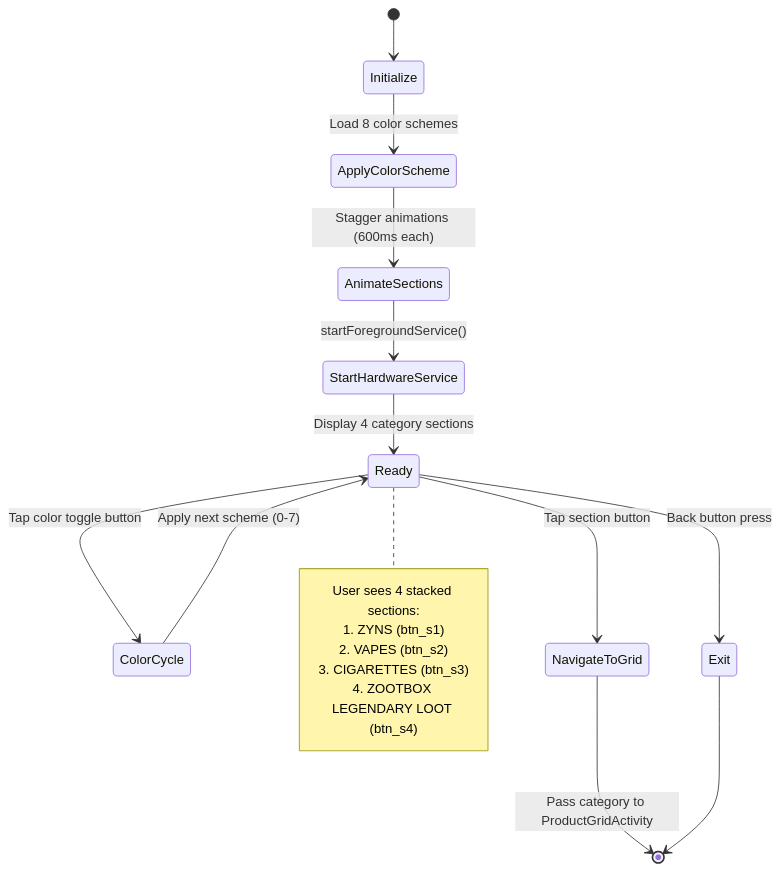
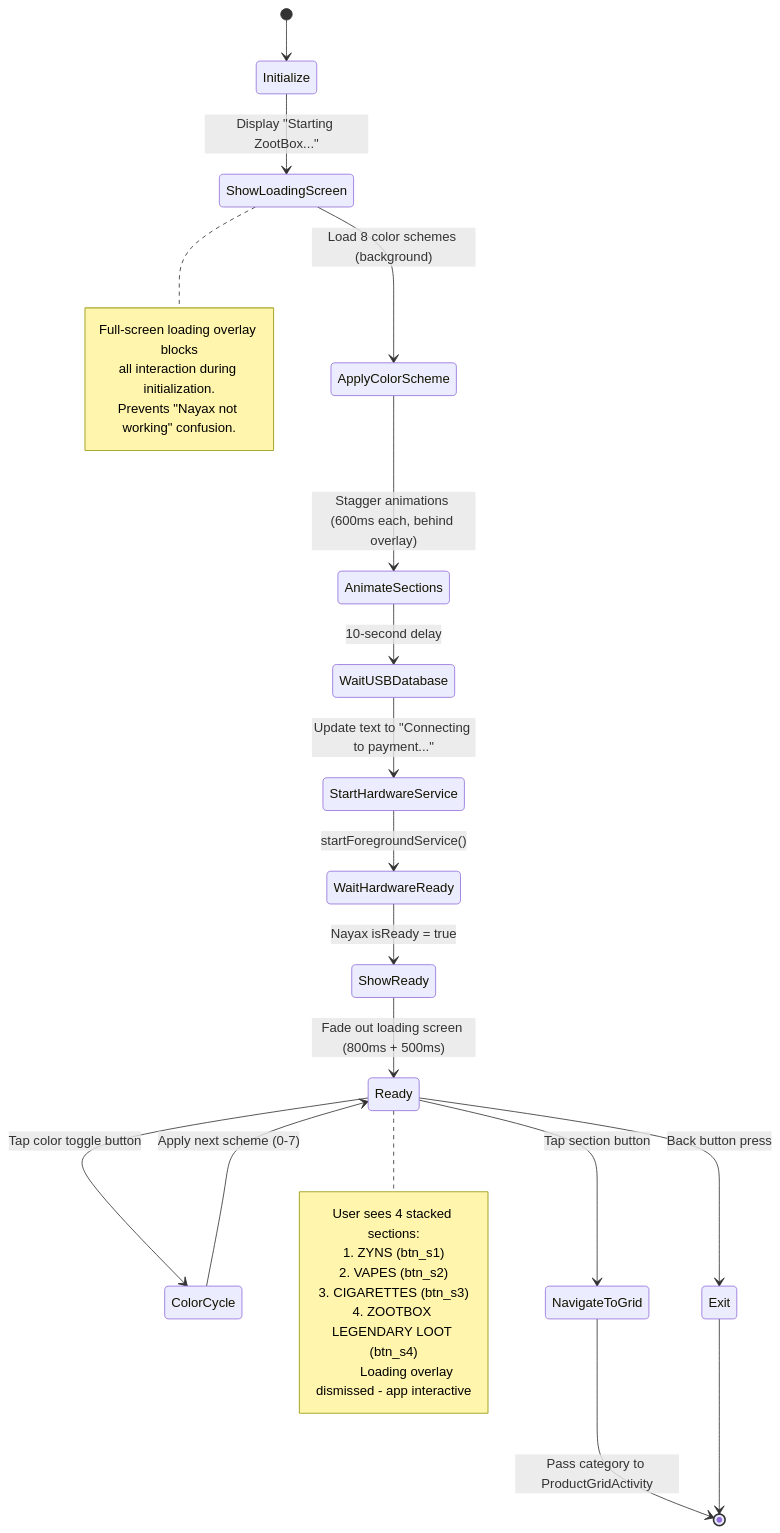
One commit to klhiggin96/zootbox changed the second of 17 diagrams in .claude/ZOOTBOX_APPLICATION_FLOW.md. Above: the diagram before and after it, drawn with Mermaid. The commit also changed other lines of this file and 88 other files, not shown here.

Commit message:
Update: Nayax payment integration, checkout UI, inventory sync, and documentation cleanup

````diff
--- a/.claude/ZOOTBOX_APPLICATION_FLOW.md
+++ b/.claude/ZOOTBOX_APPLICATION_FLOW.md
@@ -129,25 +133,37 @@
 ```mermaid
 stateDiagram-v2
     [*] --> Initialize
-    Initialize --> ApplyColorScheme: Load 8 color schemes
-    ApplyColorScheme --> AnimateSections: Stagger animations (600ms each)
-    AnimateSections --> StartHardwareService: startForegroundService()
-    StartHardwareService --> Ready: Display 4 category sections
+    Initialize --> ShowLoadingScreen: Display "Starting ZootBox..."
+    ShowLoadingScreen --> ApplyColorScheme: Load 8 color schemes (background)
+    ApplyColorScheme --> AnimateSections: Stagger animations (600ms each, behind overlay)
+    AnimateSections --> WaitUSBDatabase: 10-second delay
+    WaitUSBDatabase --> StartHardwareService: Update text to "Connecting to payment..."
+    StartHardwareService --> WaitHardwareReady: startForegroundService()
+    WaitHardwareReady --> ShowReady: Nayax isReady = true
+    ShowReady --> Ready: Fade out loading screen (800ms + 500ms)
 
     Ready --> ColorCycle: Tap color toggle button
     ColorCycle --> Ready: Apply next scheme (0-7)
 
     Ready --> NavigateToGrid: Tap section button
     NavigateToGrid --> [*]: Pass category to ProductGridActivity
 
     Ready --> Exit: Back button press
     Exit --> [*]
 
+    note right of ShowLoadingScreen
+        Full-screen loading overlay blocks
+        all interaction during initialization.
+        Prevents "Nayax not working" confusion.
+    end note
+
     note right of Ready
         User sees 4 stacked sections:
         1. ZYNS (btn_s1)
         2. VAPES (btn_s2)
         3. CIGARETTES (btn_s3)
         4. ZOOTBOX LEGENDARY LOOT (btn_s4)
+
+        Loading overlay dismissed - app interactive
     end note
 ```
````
